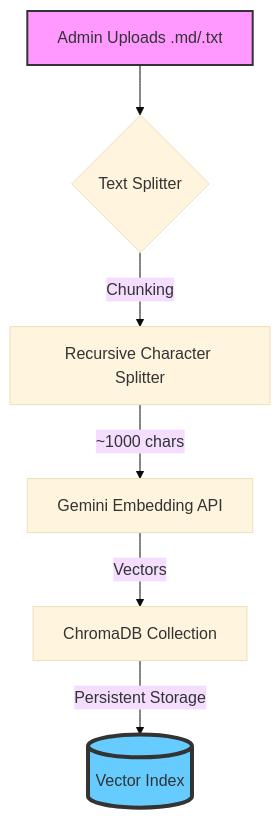
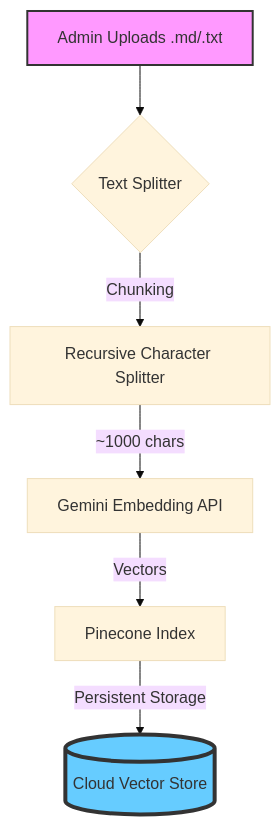
One commit to Siddh-2006/GWOC changed the first of 2 diagrams in Docs/01_RAG_Architecture.md. Above: the diagram before and after it, drawn with Mermaid (base theme). The commit also changed other lines of this file and 12 other files, not shown here.

````diff
--- a/Docs/01_RAG_Architecture.md
+++ b/Docs/01_RAG_Architecture.md
@@ -19,11 +19,11 @@
 ```mermaid
 graph TD
     A[Admin Uploads .md/.txt] --> B{Text Splitter}
     B -->|Chunking| C[Recursive Character Splitter]
     C -->|~1000 chars| D[Gemini Embedding API]
-    D -->|Vectors| E[ChromaDB Collection]
-    E -->|Persistent Storage| F[(Vector Index)]
+    D -->|Vectors| E[Pinecone Index]
+    E -->|Persistent Storage| F[(Cloud Vector Store)]
     
     style A fill:#f9f,stroke:#333,stroke-width:2px
     style F fill:#6cf,stroke:#333,stroke-width:4px
 ```
````
